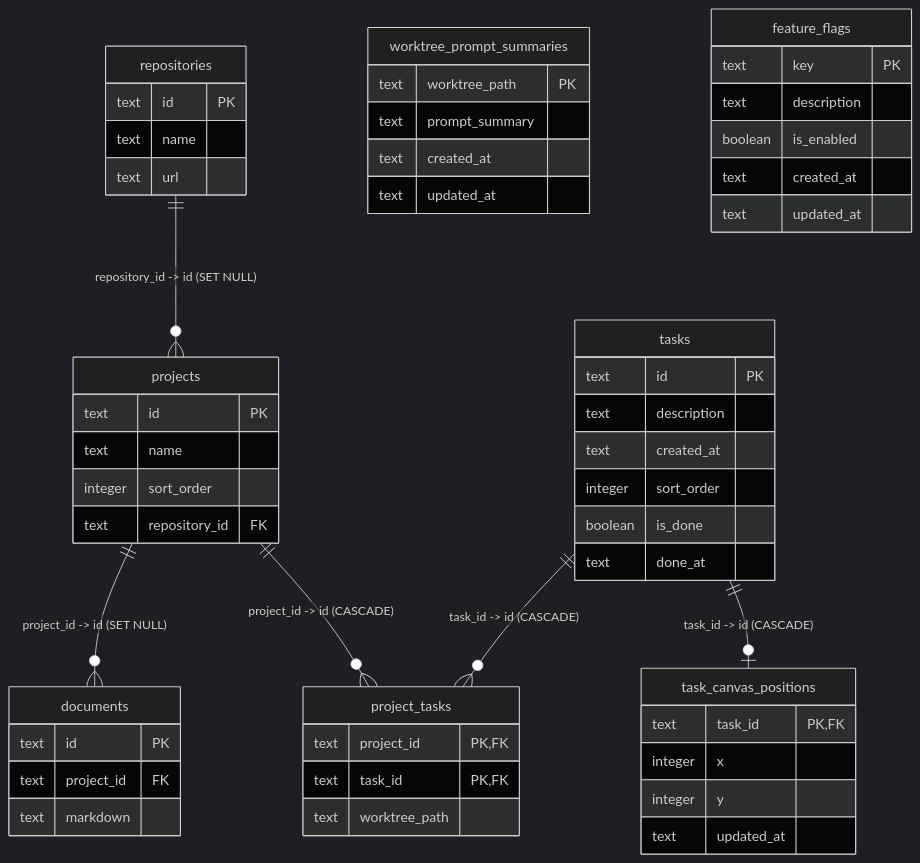
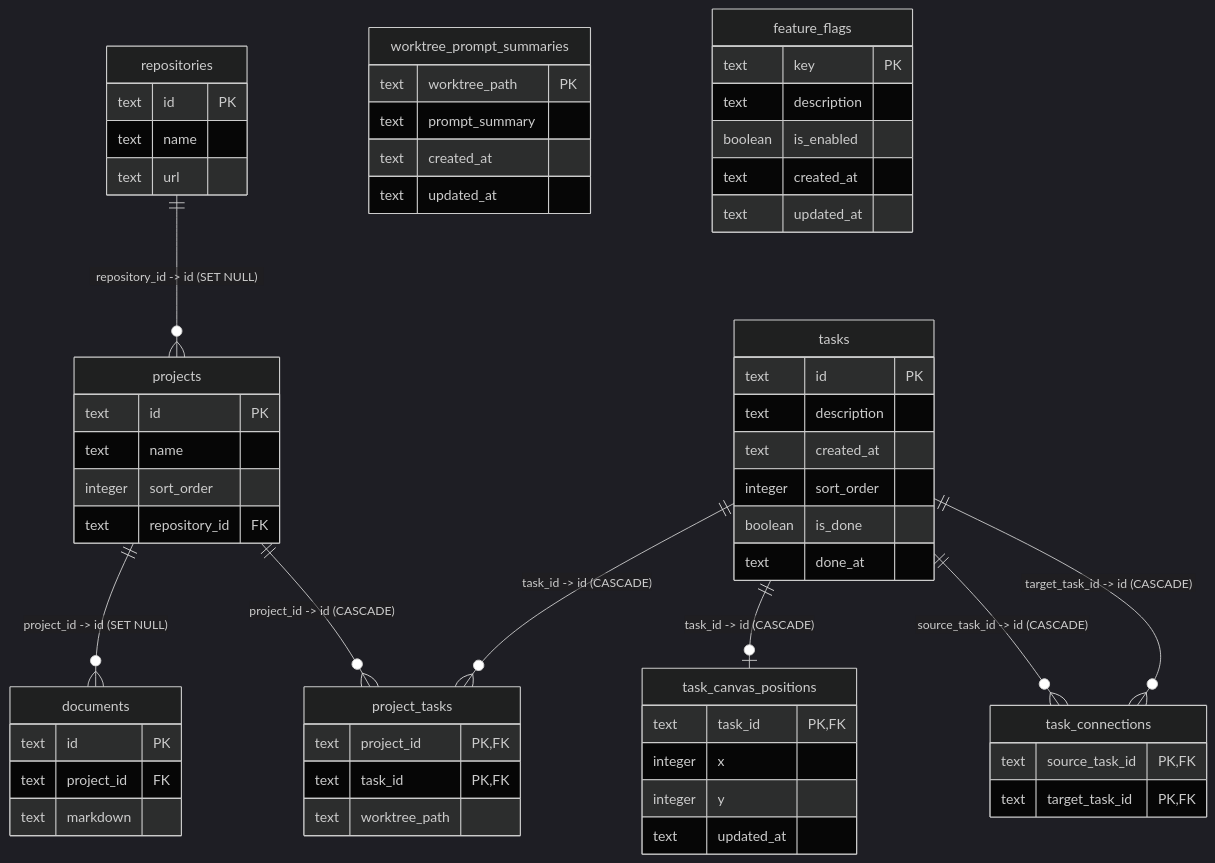
The diagram in src/backend/db/local/README.md (TurtleStoffel/tektite-console), drawn with Mermaid (dark theme) before and after one commit. The commit also changed other lines of this file and 14 other files, not shown here.

Commit message:
Persist task connections

````diff
--- a/src/backend/db/local/README.md
+++ b/src/backend/db/local/README.md
@@ -7,64 +7,71 @@
 ```mermaid
 erDiagram
     repositories ||--o{ projects : "repository_id -> id (SET NULL)"
     projects ||--o{ documents : "project_id -> id (SET NULL)"
     projects ||--o{ project_tasks : "project_id -> id (CASCADE)"
     tasks ||--o{ project_tasks : "task_id -> id (CASCADE)"
     tasks ||--o| task_canvas_positions : "task_id -> id (CASCADE)"
+    tasks ||--o{ task_connections : "source_task_id -> id (CASCADE)"
+    tasks ||--o{ task_connections : "target_task_id -> id (CASCADE)"
 
     repositories {
         text id PK
         text name
         text url
     }
 
     projects {
         text id PK
         text name
         integer sort_order
         text repository_id FK
     }
 
     documents {
         text id PK
         text project_id FK
         text markdown
     }
 
     tasks {
         text id PK
         text description
         text created_at
         integer sort_order
         boolean is_done
         text done_at
     }
 
     task_canvas_positions {
         text task_id PK, FK
         integer x
         integer y
         text updated_at
     }
 
+    task_connections {
+        text source_task_id PK, FK
+        text target_task_id PK, FK
+    }
+
     project_tasks {
         text project_id PK, FK
         text task_id PK, FK
         text worktree_path
     }
 
     worktree_prompt_summaries {
         text worktree_path PK
         text prompt_summary
         text created_at
         text updated_at
     }
 
     feature_flags {
         text key PK
         text description
         boolean is_enabled
         text created_at
         text updated_at
     }
 ```
````
